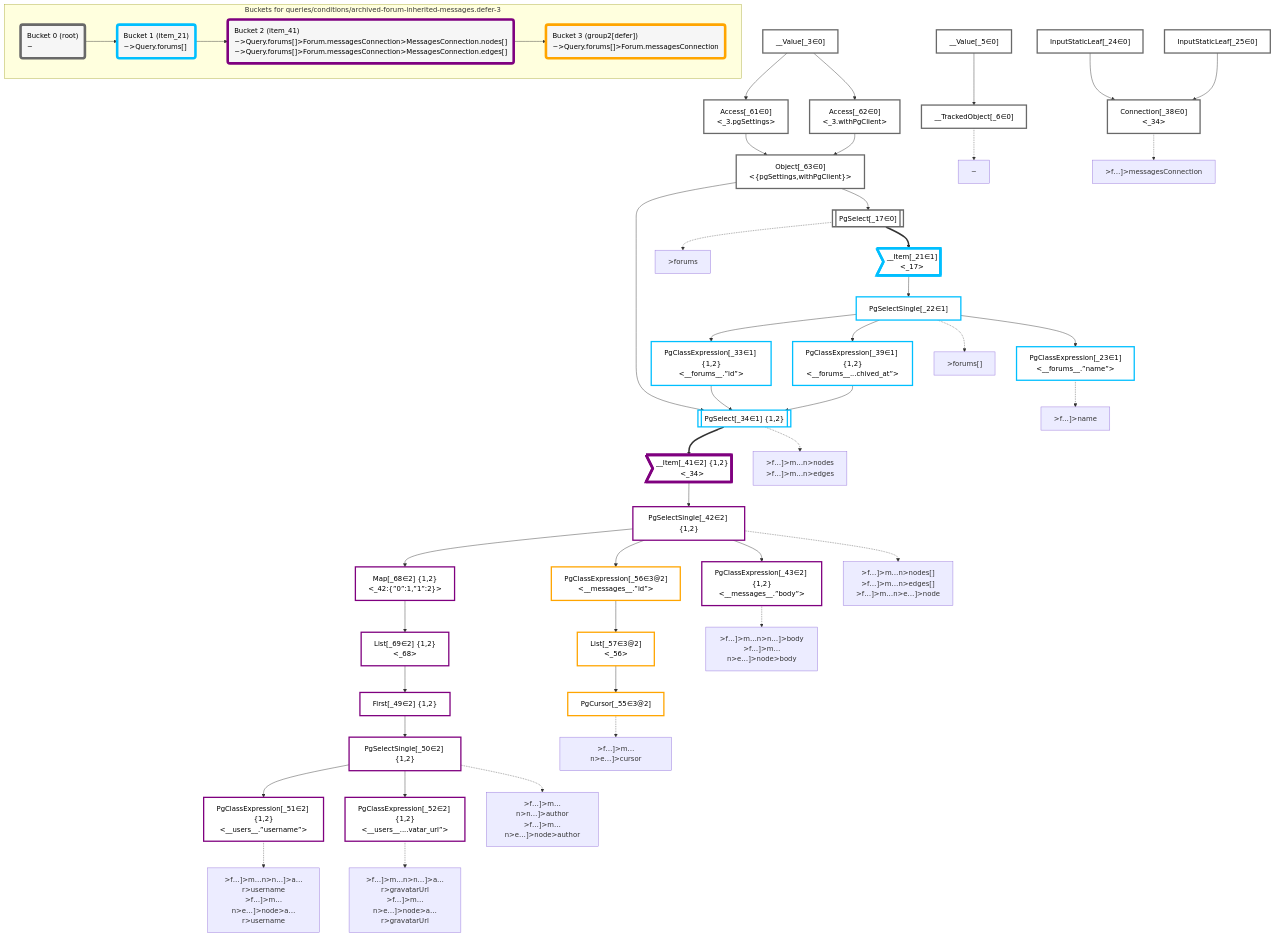
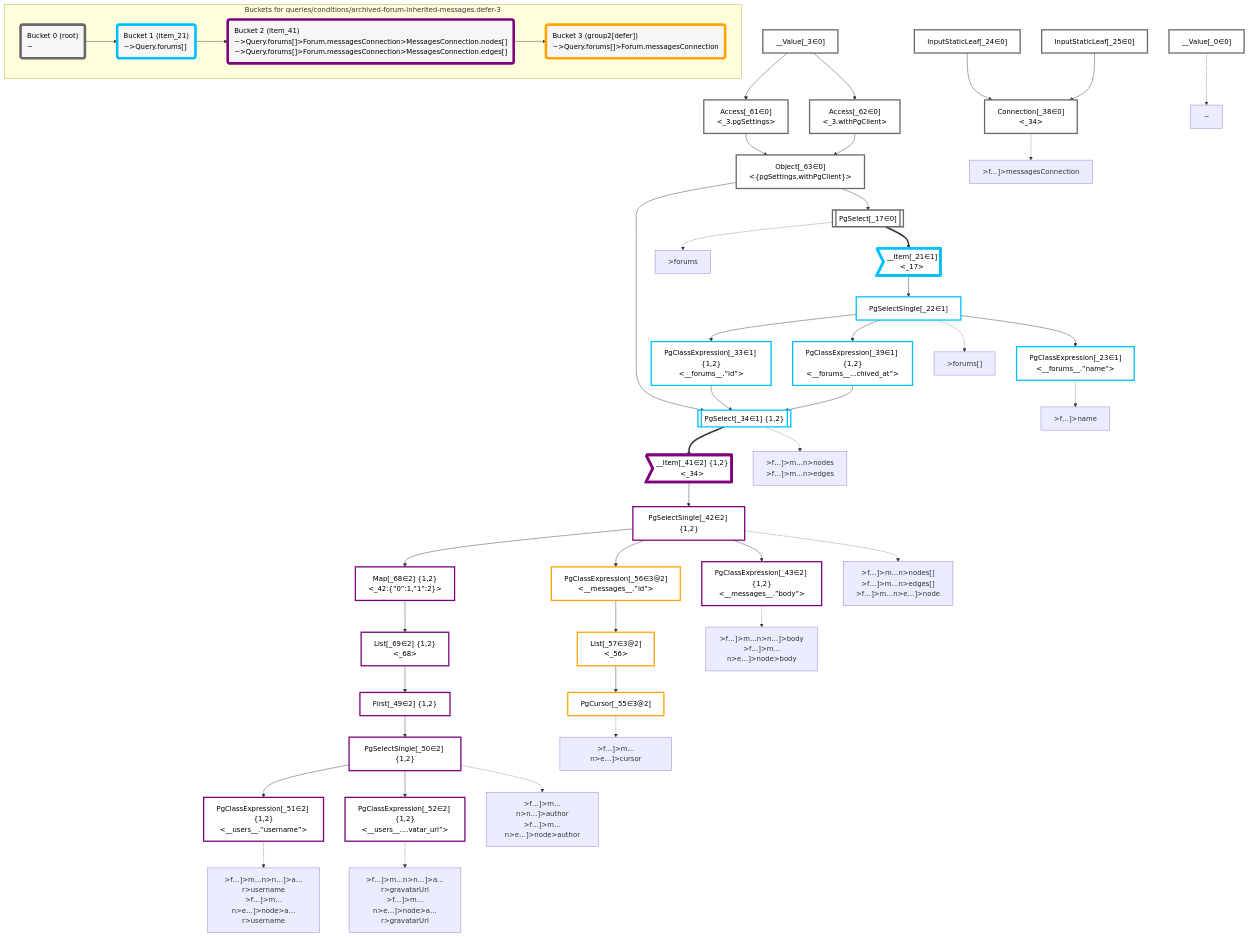
The diagram in packages/dataplan-pg/__tests__/queries/conditions/archived-forum-inherited-messages.defer-3.mermaid.md (graphile/crystal), drawn with Mermaid before and after one commit. The commit also changed 193 other files, not shown here.

Commit message:
Update test plan snapshots with new root plan

```diff
--- a/packages/dataplan-pg/__tests__/queries/conditions/archived-forum-inherited-messages.defer-3.mermaid.md
+++ b/packages/dataplan-pg/__tests__/queries/conditions/archived-forum-inherited-messages.defer-3.mermaid.md
@@ -8,9 +8,8 @@
 
 
     %% define plans
+    __Value_0["__Value[_0∈0]"]:::plan
     __Value_3["__Value[_3∈0]<br /><context>"]:::plan
-    __Value_5["__Value[_5∈0]<br /><rootValue>"]:::plan
-    __TrackedObject_6["__TrackedObject[_6∈0]"]:::plan
     PgSelect_17[["PgSelect[_17∈0]<br /><forums>"]]:::plan
     __Item_21>"__Item[_21∈1]<br /><_17>"]:::itemplan
     PgSelectSingle_22["PgSelectSingle[_22∈1]<br /><forums>"]:::plan
@@ -38,7 +37,6 @@
     List_69["List[_69∈2] {1,2}<br /><_68>"]:::plan
 
     %% plan dependencies
-    __Value_5 --> __TrackedObject_6
     Object_63 --> PgSelect_17
     PgSelect_17 ==> __Item_21
     __Item_21 --> PgSelectSingle_22
@@ -68,8 +66,8 @@
     Map_68 --> List_69
 
     %% plan-to-path relationships
-    P_6["~"]
-    __TrackedObject_6 -.-> P_6
+    P_0["~"]
+    __Value_0 -.-> P_0
     P_17[">forums"]
     PgSelect_17 -.-> P_17
     P_22[">forums[]"]
@@ -95,7 +93,7 @@
 
     %% allocate buckets
     classDef bucket0 stroke:#696969
-    class __Value_3,__Value_5,__TrackedObject_6,PgSelect_17,InputStaticLeaf_24,InputStaticLeaf_25,Connection_38,Access_61,Access_62,Object_63 bucket0
+    class __Value_0,__Value_3,PgSelect_17,InputStaticLeaf_24,InputStaticLeaf_25,Connection_38,Access_61,Access_62,Object_63 bucket0
     classDef bucket1 stroke:#00bfff
     class __Item_21,PgSelectSingle_22,PgClassExpression_23,PgClassExpression_33,PgSelect_34,PgClassExpression_39 bucket1
     classDef bucket2 stroke:#7f007f
```
